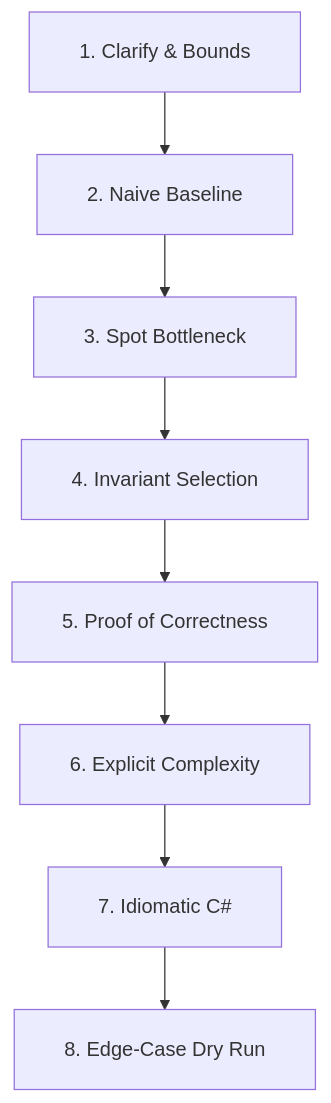
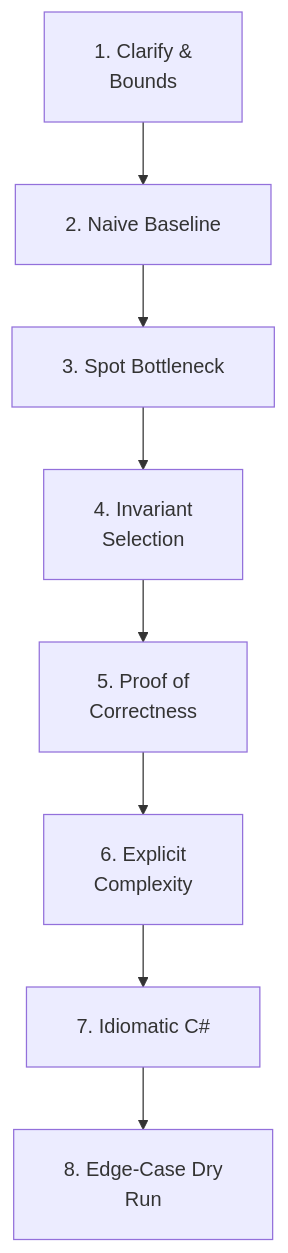
The diagram in Senior_problem_solution/README.md (dip4k/DSA_102), drawn with Mermaid before and after one commit. The commit also changed 106 other files, not shown here.

First line of the commit message:
fix(mermaid): prevent text clipping with foreignObject overflow and tighter line wrapping

````diff
--- a/Senior_problem_solution/README.md
+++ b/Senior_problem_solution/README.md
@@ -66,11 +66,11 @@
 ```mermaid
-%%{init: {"flowchart": {"htmlLabels": true, "padding": 20}}}%%
+%%{init: {"flowchart": {"htmlLabels": true, "padding": 20}, "themeCSS": "foreignObject { overflow: visible !important; }"}}%%
 flowchart TD
-    S1["1. Clarify & Bounds"] --> S2["2. Naive Baseline"]
+    S1["1. Clarify &<br/>Bounds"] --> S2["2. Naive Baseline"]
     S2 --> S3["3. Spot Bottleneck"]
-    S3 --> S4["4. Invariant Selection"]
-    S4 --> S5["5. Proof of Correctness"]
-    S5 --> S6["6. Explicit Complexity"]
+    S3 --> S4["4. Invariant<br/>Selection"]
+    S4 --> S5["5. Proof of<br/>Correctness"]
+    S5 --> S6["6. Explicit<br/>Complexity"]
     S6 --> S7["7. Idiomatic C#"]
-    S7 --> S8["8. Edge-Case Dry Run"]
+    S7 --> S8["8. Edge-Case Dry<br/>Run"]
 ```
````
